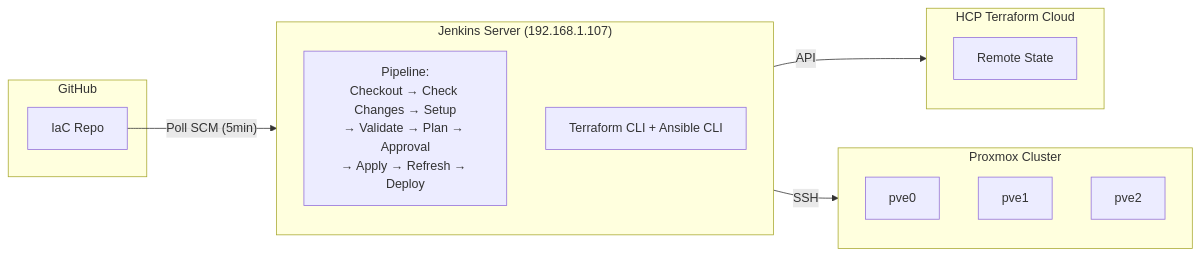
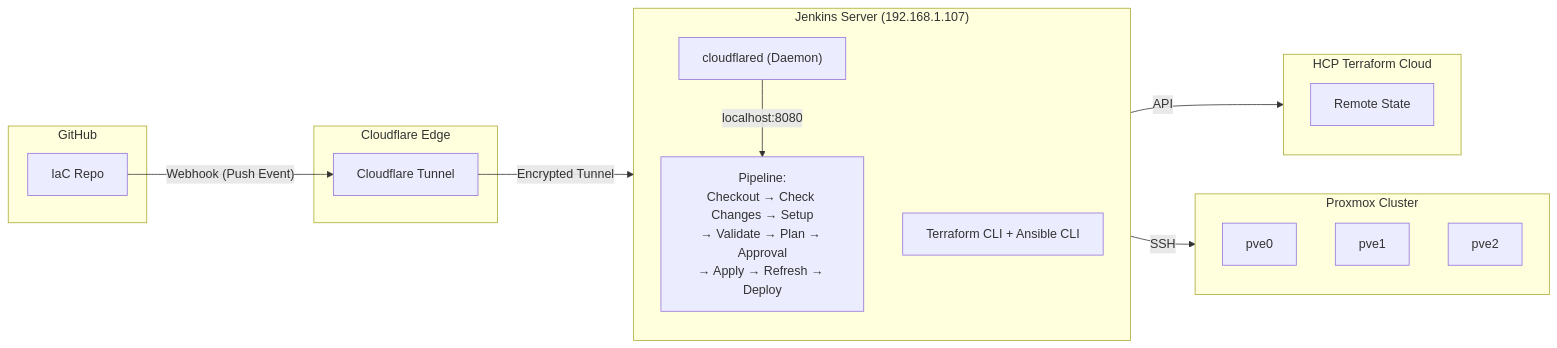
Before and after one commit to blue126/IaC: the first of 5 diagrams in docs/designs/cicd-architecture.md, drawn with Mermaid. The commit also changed other lines of this file, not shown here.

Commit message:
docs: update cicd architecture to reflect cloudflare webhook trigger

````diff
--- a/docs/designs/cicd-architecture.md
+++ b/docs/designs/cicd-architecture.md
@@ -92,26 +92,34 @@
 ```mermaid
 flowchart LR
     subgraph GitHub["GitHub"]
         Repo[IaC Repo]
     end
 
+    subgraph CF["Cloudflare Edge"]
+        Tunnel["Cloudflare Tunnel"]
+    end
+
     subgraph Jenkins["Jenkins Server (192.168.1.107)"]
         direction TB
+        Cloudflared["cloudflared (Daemon)"]
         Pipeline["Pipeline:<br/>Checkout → Check Changes → Setup<br/>→ Validate → Plan → Approval<br/>→ Apply → Refresh → Deploy"]
         Tools["Terraform CLI + Ansible CLI"]
     end
 
     subgraph HCP["HCP Terraform Cloud"]
         State[Remote State]
     end
 
     subgraph Proxmox["Proxmox Cluster"]
         pve0[pve0]
         pve1[pve1]
         pve2[pve2]
     end
 
-    Repo -- "Poll SCM (5min)" --> Jenkins
-    Jenkins -- "API" --> HCP
-    Jenkins -- "SSH" --> Proxmox
+    Repo -- "Webhook (Push Event)" --> Tunnel
+    Tunnel -- "Encrypted Tunnel" --> Cloudflared
+    Cloudflared -- "localhost:8080" --> Pipeline
+
+    Pipeline -- "API" --> HCP
+    Pipeline -- "SSH" --> Proxmox
 ```
````
